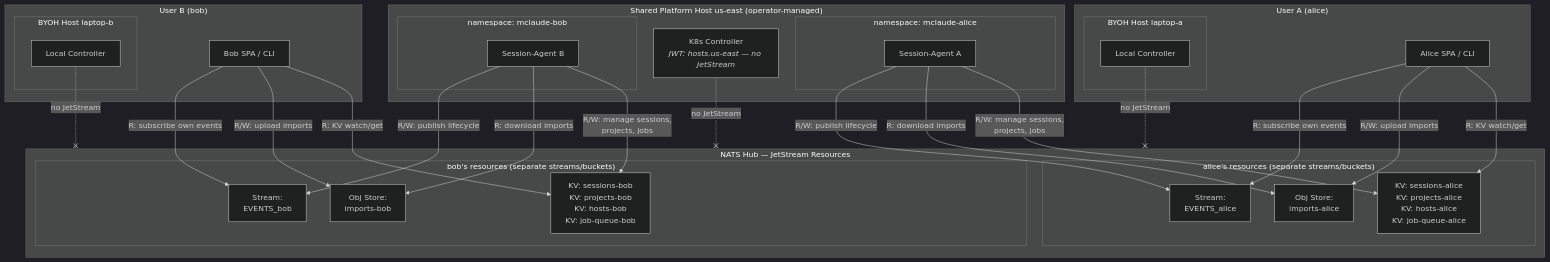
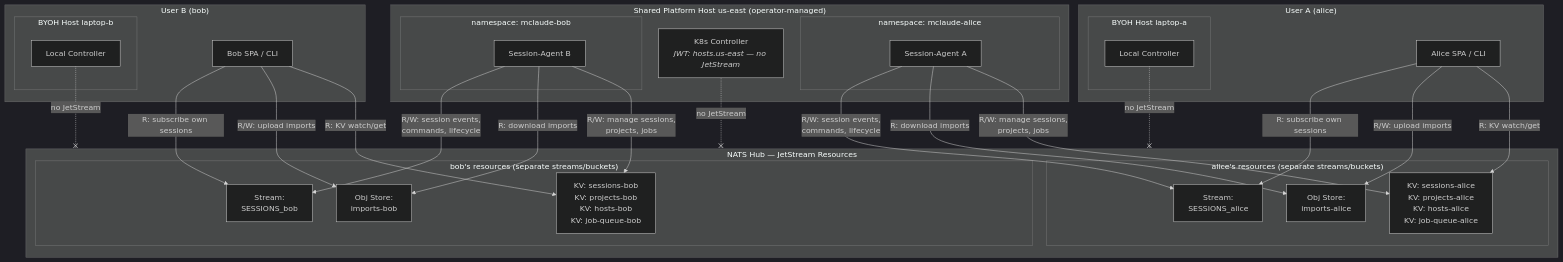
One commit to richardmsong/mclaude changed the second of 2 diagrams in docs/adr-0054-nats-jetstream-permission-tightening.md. Above: the diagram before and after it, drawn with Mermaid (dark theme). The commit also changed other lines of this file, not shown here.

First line of the commit message:
draft(security): ADR-0054 round 3 — StreamState metadata leakage, secure introduction analysis

````diff
--- a/docs/adr-0054-nats-jetstream-permission-tightening.md
+++ b/docs/adr-0054-nats-jetstream-permission-tightening.md
@@ -79,70 +79,70 @@
 ```mermaid
 flowchart TB
     %% ── Left: User A's identities ──
     subgraph Left["User A (alice)"]
         SPA_A["Alice SPA / CLI"]
         subgraph BYOH_A["BYOH Host laptop-a"]
             CTRL_A["Local Controller"]
         end
     end
 
     %% ── Right: User B's identities ──
     subgraph Right["User B (bob)"]
         SPA_B["Bob SPA / CLI"]
         subgraph BYOH_B["BYOH Host laptop-b"]
             CTRL_B["Local Controller"]
         end
     end
 
     %% ── Center: NATS data topology ──
     subgraph NATS["NATS Hub — JetStream Resources"]
         subgraph Partition_A["alice's resources (separate streams/buckets)"]
             KV_A["KV: sessions-alice<br/>KV: projects-alice<br/>KV: hosts-alice<br/>KV: job-queue-alice"]
             OBJ_A["Obj Store:<br/>imports-alice"]
-            EVT_A["Stream:<br/>EVENTS_alice"]
+            EVT_A["Stream:<br/>SESSIONS_alice"]
         end
         subgraph Partition_B["bob's resources (separate streams/buckets)"]
             KV_B["KV: sessions-bob<br/>KV: projects-bob<br/>KV: hosts-bob<br/>KV: job-queue-bob"]
             OBJ_B["Obj Store:<br/>imports-bob"]
-            EVT_B["Stream:<br/>EVENTS_bob"]
+            EVT_B["Stream:<br/>SESSIONS_bob"]
         end
     end
 
     %% ── Bottom: Shared platform host ──
     subgraph SharedHost["Shared Platform Host us-east (operator-managed)"]
         K8S_CTRL["K8s Controller<br/><i>JWT: hosts.us-east — no JetStream</i>"]
         subgraph NS_A["namespace: mclaude-alice"]
             AGENT_A["Session-Agent A"]
         end
         subgraph NS_B["namespace: mclaude-bob"]
             AGENT_B["Session-Agent B"]
         end
     end
 
     %% ── Edges: Alice SPA ──
     SPA_A -- "R: KV watch/get" --> KV_A
     SPA_A -- "R/W: upload imports" --> OBJ_A
-    SPA_A -- "R: subscribe own events" --> EVT_A
+    SPA_A -- "R: subscribe own sessions" --> EVT_A
 
     %% ── Edges: Bob SPA ──
     SPA_B -- "R: KV watch/get" --> KV_B
     SPA_B -- "R/W: upload imports" --> OBJ_B
-    SPA_B -- "R: subscribe own events" --> EVT_B
+    SPA_B -- "R: subscribe own sessions" --> EVT_B
 
     %% ── Edges: Session-Agent A (on shared host) ──
     AGENT_A -- "R/W: manage sessions,<br/>projects, jobs" --> KV_A
     AGENT_A -- "R: download imports" --> OBJ_A
-    AGENT_A -- "R/W: publish lifecycle" --> EVT_A
+    AGENT_A -- "R/W: session events,<br/>commands, lifecycle" --> EVT_A
 
     %% ── Edges: Session-Agent B (on shared host) ──
     AGENT_B -- "R/W: manage sessions,<br/>projects, jobs" --> KV_B
     AGENT_B -- "R: download imports" --> OBJ_B
-    AGENT_B -- "R/W: publish lifecycle" --> EVT_B
+    AGENT_B -- "R/W: session events,<br/>commands, lifecycle" --> EVT_B
 
     %% ── BYOH hosts: no JetStream ──
     CTRL_A -.-x|"no JetStream"| NATS
     CTRL_B -.-x|"no JetStream"| NATS
 
     %% ── K8s controller: no JetStream ──
     K8S_CTRL -.-x|"no JetStream"| NATS
 ```
````
